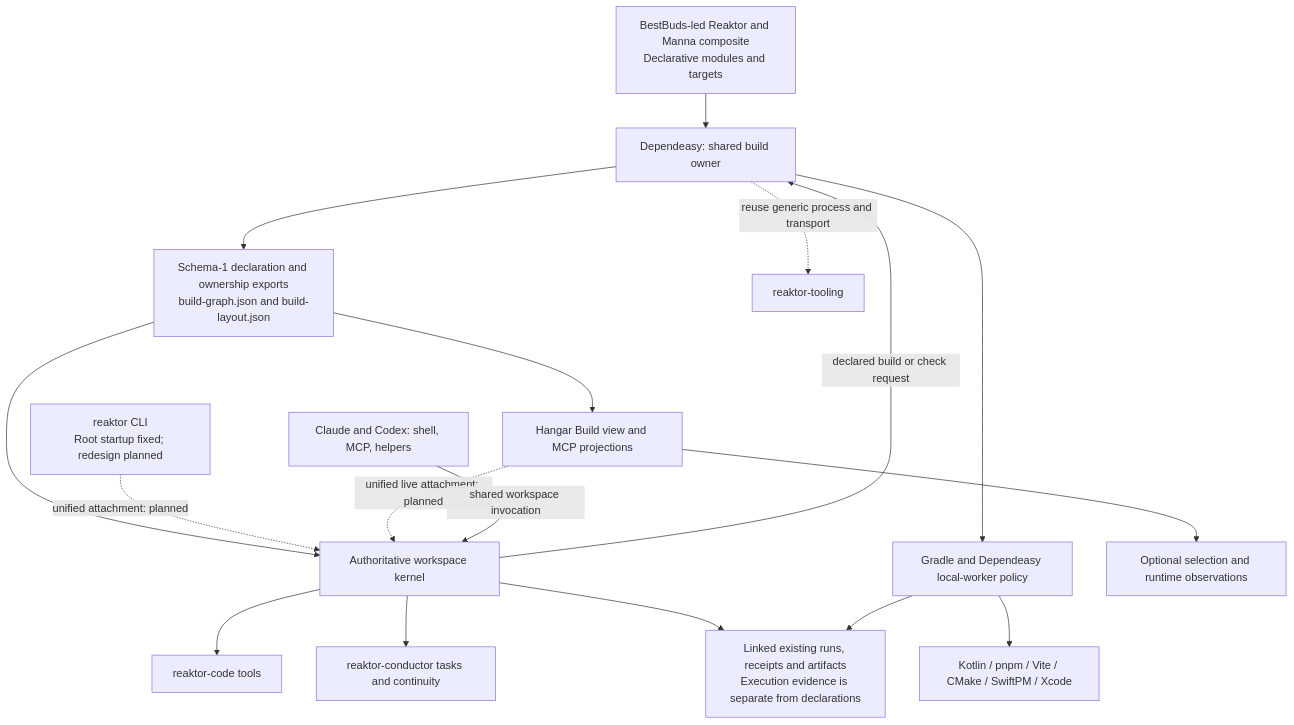
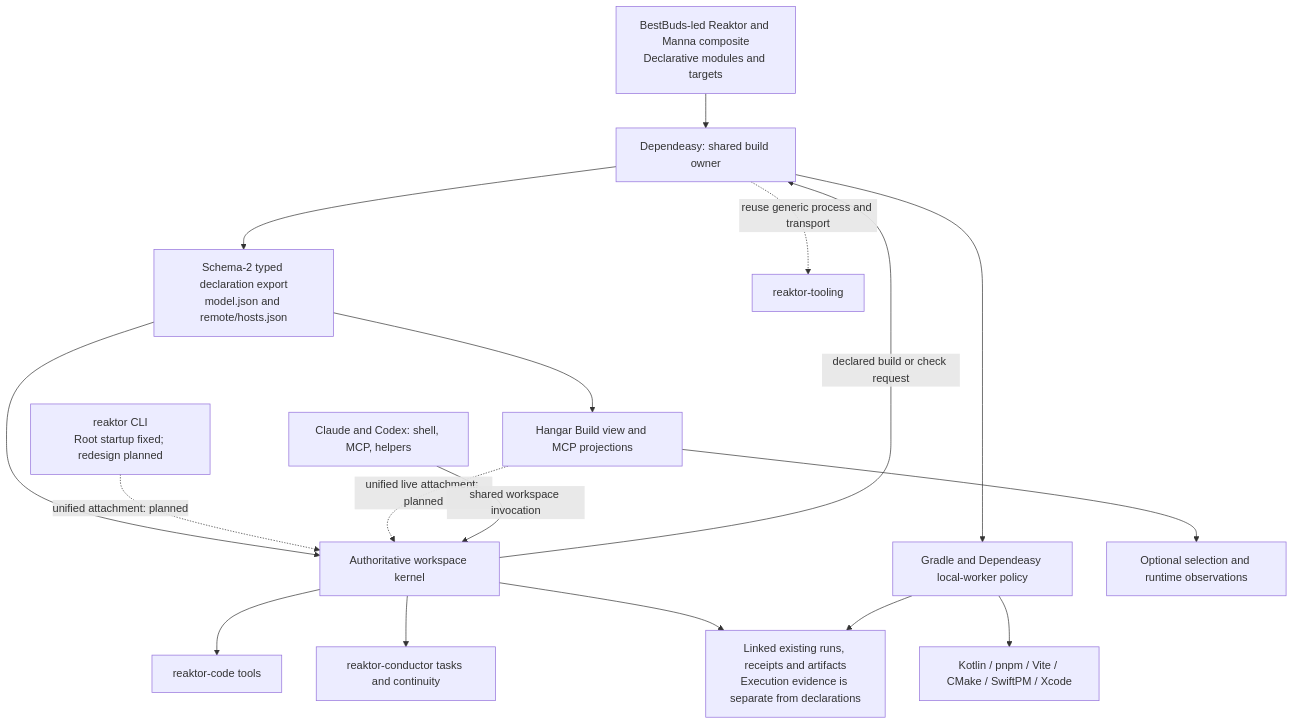
One commit to shibasis0801/reaktor changed the diagram in plans/cli-kernel-hld.md. Above: the diagram before and after it, drawn with Mermaid. The commit also changed other lines of this file and 29 other files, not shown here.

Commit message:
Export one source-validated build model for workspace consumers

````diff
--- a/plans/cli-kernel-hld.md
+++ b/plans/cli-kernel-hld.md
@@ -27,19 +27,19 @@
 ```mermaid
 flowchart TB
     Declarations["BestBuds-led Reaktor and Manna composite<br/>Declarative modules and targets"] --> Dependeasy["Dependeasy: shared build owner"]
-    Dependeasy --> Export["Schema-1 declaration and ownership exports<br/>build-graph.json and build-layout.json"]
+    Dependeasy --> Export["Schema-2 typed declaration export<br/>model.json and remote/hosts.json"]
     Export --> Kernel["Authoritative workspace kernel"]
     Export --> Hangar["Hangar Build view and MCP projections"]
     CLI["reaktor CLI<br/>Root startup fixed; redesign planned"] -.->|unified attachment: planned| Kernel
     Hangar -.->|unified live attachment: planned| Kernel
     Agents["Claude and Codex: shell, MCP, helpers"] -->|shared workspace invocation| Kernel
     Kernel -->|declared build or check request| Dependeasy
     Dependeasy --> Build["Gradle and Dependeasy local-worker policy"]
     Build --> Engines["Kotlin / pnpm / Vite / CMake / SwiftPM / Xcode"]
     Dependeasy -.->|reuse generic process and transport| Tooling["reaktor-tooling"]
     Kernel --> Code["reaktor-code tools"]
     Kernel --> Conductor["reaktor-conductor tasks and continuity"]
     Kernel --> Receipts["Linked existing runs, receipts and artifacts<br/>Execution evidence is separate from declarations"]
     Build --> Receipts
     Hangar --> Desktop["Optional selection and runtime observations"]
 ```
````
